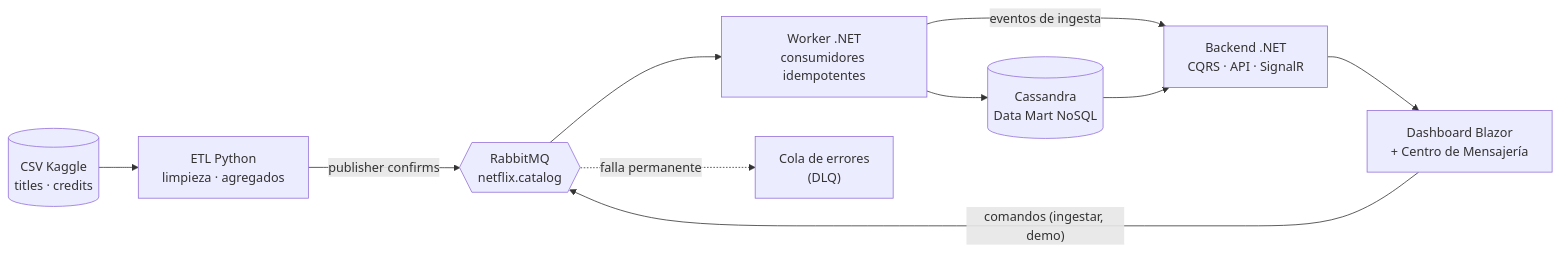
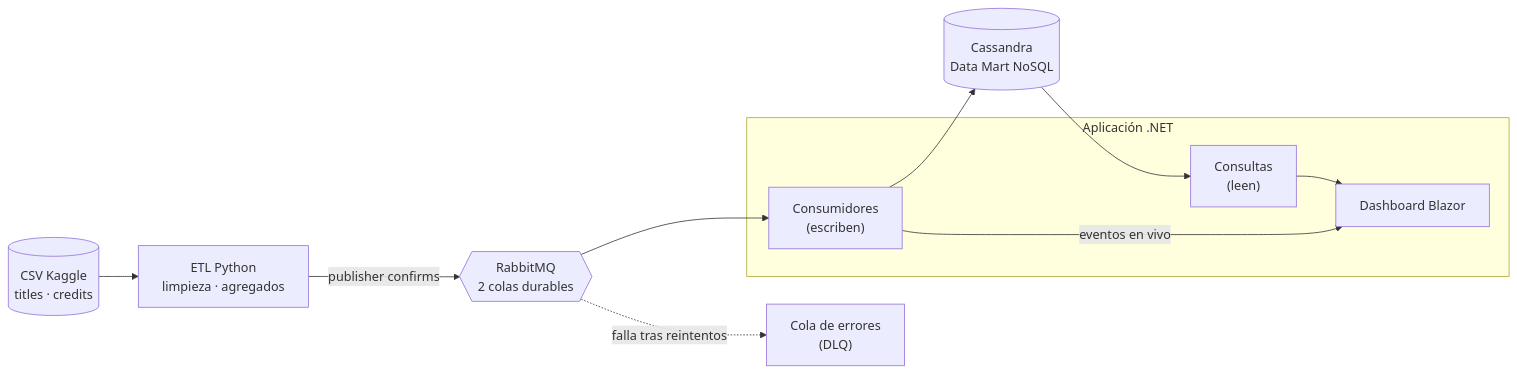
The first of 2 diagrams in README.md (dPaolaMon/BDNOSQL-Netflix), drawn with Mermaid before and after one commit. The commit also changed other lines of this file and 11 other files, not shown here.

````diff
--- a/README.md
+++ b/README.md
@@ -88,12 +87,15 @@
 ```mermaid
 flowchart LR
     CSV[("CSV Kaggle<br/>titles · credits")] --> ETL["ETL Python<br/>limpieza · agregados"]
-    ETL -- "publisher confirms" --> MQ{{"RabbitMQ<br/>netflix.catalog"}}
-    MQ --> ING["Worker .NET<br/>consumidores idempotentes"]
-    MQ -. "falla permanente" .-> DLQ["Cola de errores<br/>(DLQ)"]
-    ING --> CAS[("Cassandra<br/>Data Mart NoSQL")]
-    ING -- "eventos de ingesta" --> WEB
-    CAS --> WEB["Backend .NET<br/>CQRS · API · SignalR"]
-    WEB --> UI["Dashboard Blazor<br/>+ Centro de Mensajería"]
-    UI -- "comandos (ingestar, demo)" --> MQ
+    ETL -- "publisher confirms" --> MQ{{"RabbitMQ<br/>2 colas durables"}}
+    MQ -. "falla tras reintentos" .-> DLQ["Cola de errores<br/>(DLQ)"]
+    subgraph APP["Aplicación .NET"]
+        C["Consumidores<br/>(escriben)"]
+        Q["Consultas<br/>(leen)"]
+        UI["Dashboard Blazor"]
+    end
+    MQ --> C
+    C --> CAS[("Cassandra<br/>Data Mart NoSQL")]
+    CAS --> Q --> UI
+    C -- "eventos en vivo" --> UI
 ```
````
